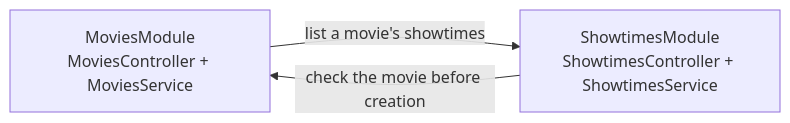
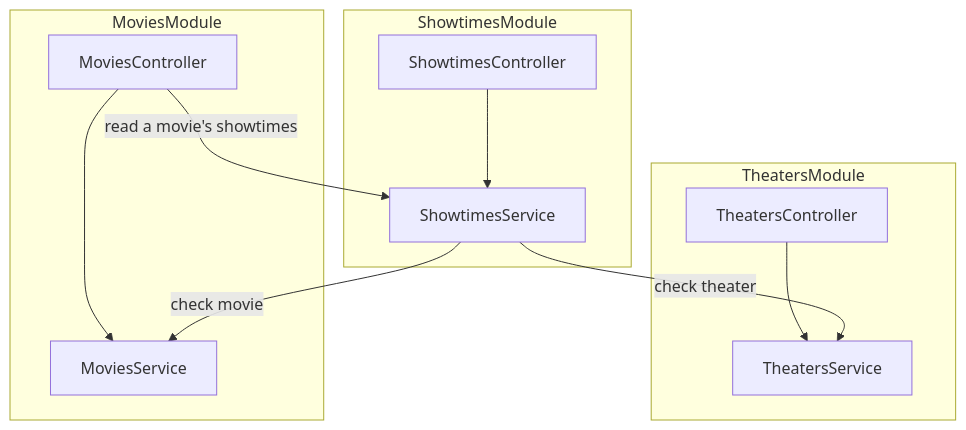
Before and after one commit to mannercode/nestjs-sola-example: the first of 2 diagrams in README.md, drawn with Mermaid. The commit also changed other lines of this file and 2 other files, not shown here.

````diff
--- a/README.md
+++ b/README.md
@@ -22,7 +24,21 @@
 ```mermaid
-flowchart LR
-    Movies["MoviesModule<br/>MoviesController + MoviesService"]
-    Showtimes["ShowtimesModule<br/>ShowtimesController + ShowtimesService"]
-    Movies -->|"list a movie's showtimes"| Showtimes
-    Showtimes -->|"check the movie before creation"| Movies
+flowchart TB
+    subgraph MoviesModule[MoviesModule]
+        MoviesController[MoviesController]
+        MoviesService[MoviesService]
+    end
+    subgraph TheatersModule[TheatersModule]
+        TheatersController[TheatersController]
+        TheatersService[TheatersService]
+    end
+    subgraph ShowtimesModule[ShowtimesModule]
+        ShowtimesController[ShowtimesController]
+        ShowtimesService[ShowtimesService]
+    end
+    MoviesController --> MoviesService
+    MoviesController -->|"read a movie's showtimes"| ShowtimesService
+    TheatersController --> TheatersService
+    ShowtimesController --> ShowtimesService
+    ShowtimesService -->|"check movie"| MoviesService
+    ShowtimesService -->|"check theater"| TheatersService
 ```
````
